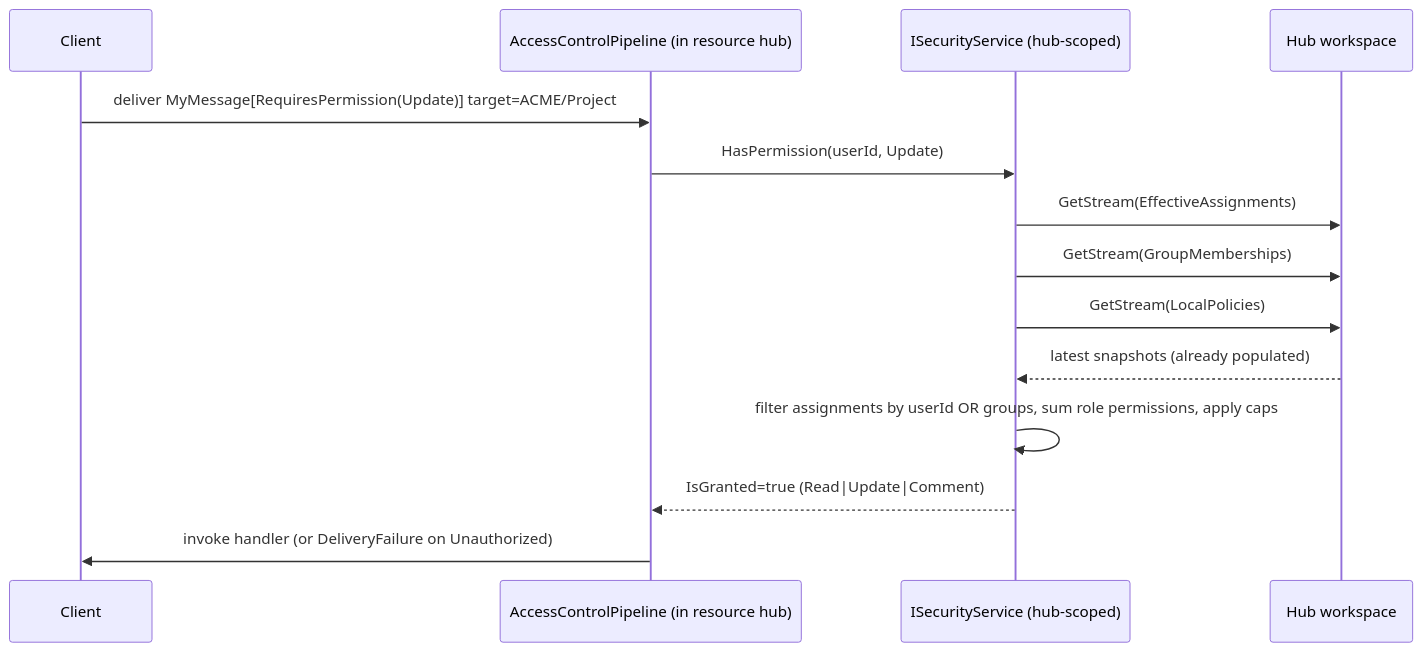
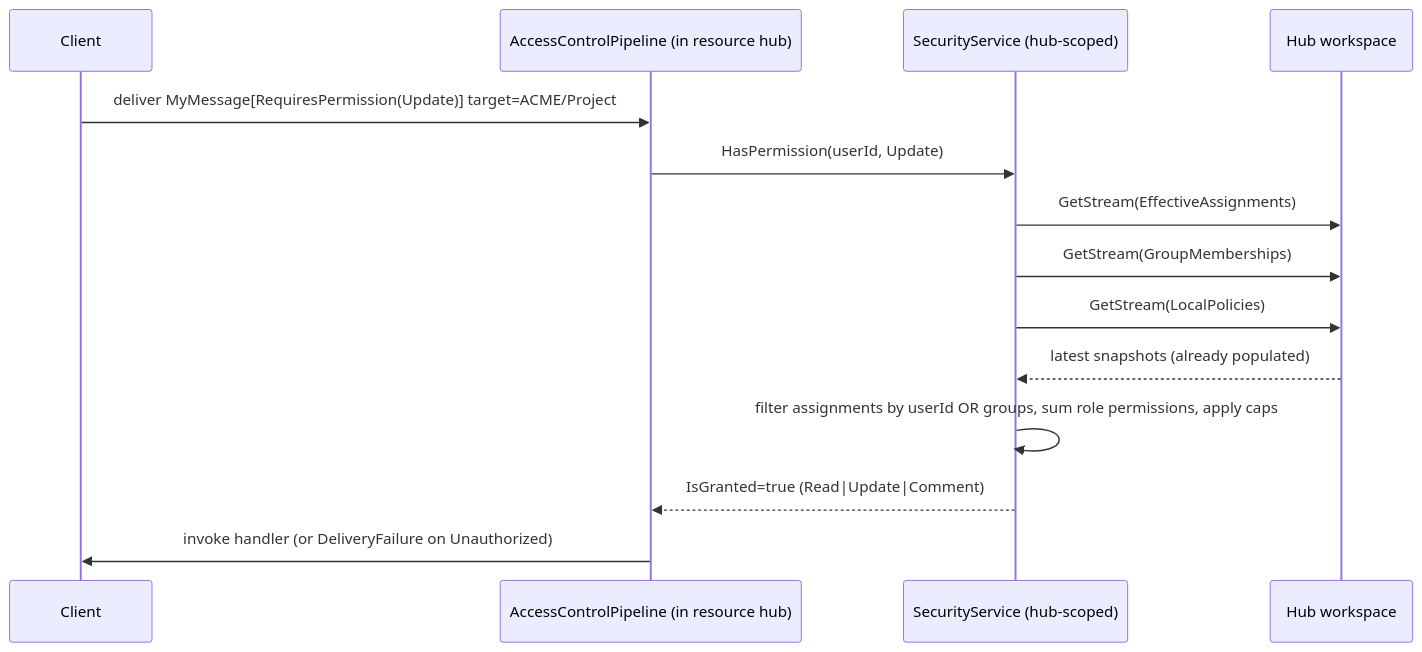
One commit to Systemorph/MeshWeaver changed the first of 4 diagrams in src/MeshWeaver.Documentation/Data/Architecture/AccessControl.md. Above: the diagram before and after it, drawn with Mermaid. The commit also changed other lines of this file and 6 other files, not shown here.

````diff
--- a/src/MeshWeaver.Documentation/Data/Architecture/AccessControl.md
+++ b/src/MeshWeaver.Documentation/Data/Architecture/AccessControl.md
@@ -178,16 +178,16 @@
 ```mermaid
 sequenceDiagram
     participant Client
     participant Pipeline as AccessControlPipeline (in resource hub)
-    participant SecSvc as ISecurityService (hub-scoped)
+    participant SecSvc as SecurityService (hub-scoped)
     participant Workspace as Hub workspace
     Client->>Pipeline: deliver MyMessage[RequiresPermission(Update)] target=ACME/Project
     Pipeline->>SecSvc: HasPermission(userId, Update)
     SecSvc->>Workspace: GetStream(EffectiveAssignments)
     SecSvc->>Workspace: GetStream(GroupMemberships)
     SecSvc->>Workspace: GetStream(LocalPolicies)
     Workspace-->>SecSvc: latest snapshots (already populated)
     SecSvc->>SecSvc: filter assignments by userId OR groups, sum role permissions, apply caps
     SecSvc-->>Pipeline: IsGranted=true (Read|Update|Comment)
     Pipeline->>Client: invoke handler (or DeliveryFailure on Unauthorized)
 ```
````
